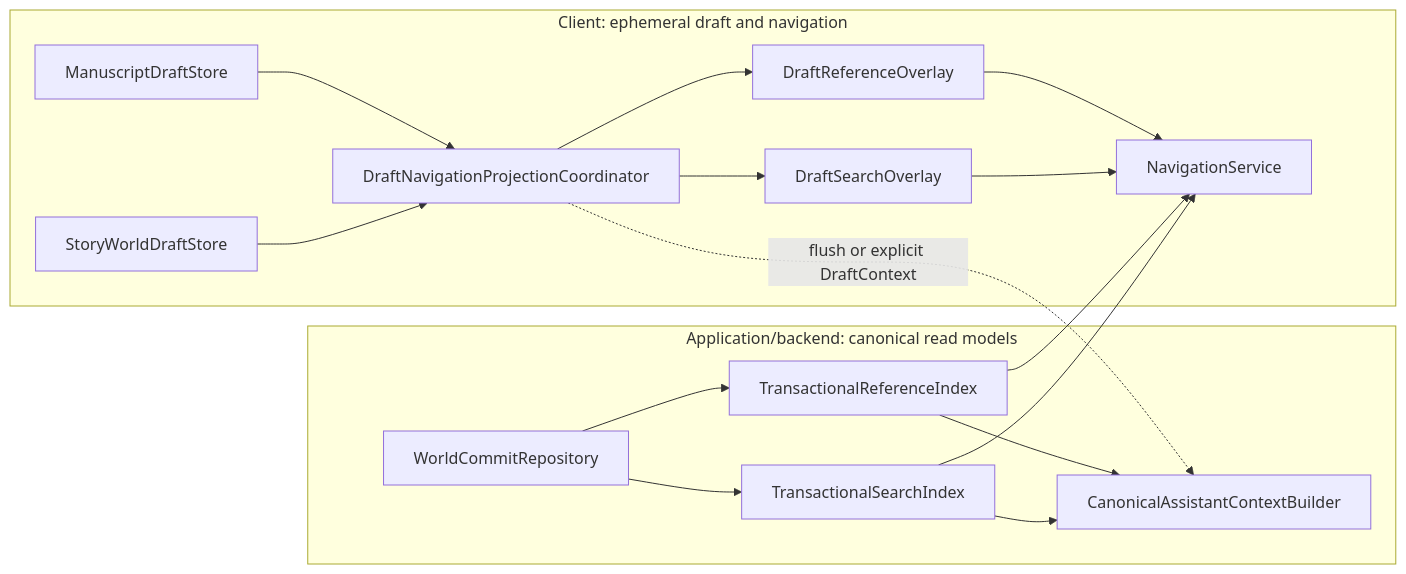
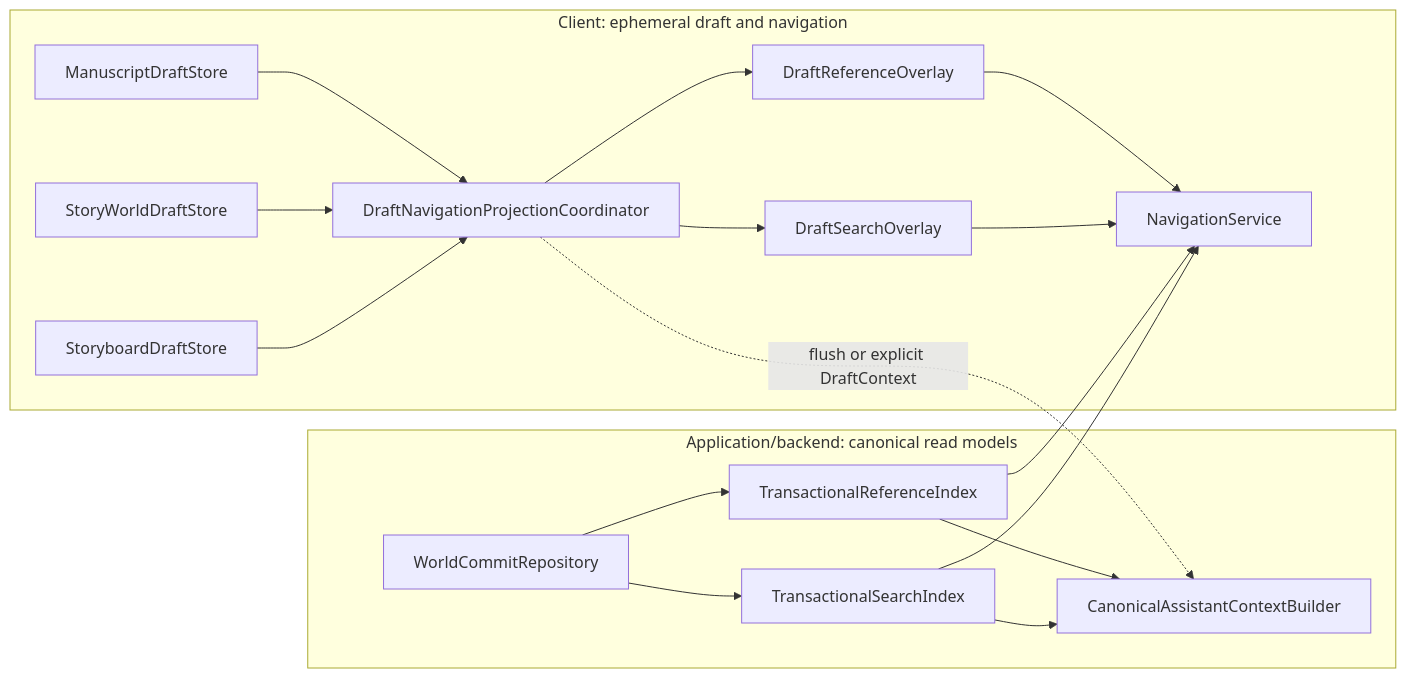
The first of 5 diagrams in docs/architecture/views/cross-feature-projections.md (Tim3399/quiltor), drawn with Mermaid before and after one commit. The commit also changed other lines of this file and 280 other files, not shown here.

Commit message:
feat: add storyboard planning and shared graph editing

````diff
--- a/docs/architecture/views/cross-feature-projections.md
+++ b/docs/architecture/views/cross-feature-projections.md
@@ -22,34 +23,36 @@
 ```mermaid
 flowchart LR
     subgraph Client["Client: ephemeral draft and navigation"]
         ManuscriptDraft["ManuscriptDraftStore"]
         StoryWorldDraft["StoryWorldDraftStore"]
+        StoryboardDraft["StoryboardDraftStore"]
         DraftCoordinator["DraftNavigationProjectionCoordinator"]
         DraftReference["DraftReferenceOverlay"]
         DraftSearch["DraftSearchOverlay"]
         Navigation["NavigationService"]
 
         ManuscriptDraft --> DraftCoordinator
         StoryWorldDraft --> DraftCoordinator
+        StoryboardDraft --> DraftCoordinator
         DraftCoordinator --> DraftReference
         DraftCoordinator --> DraftSearch
         DraftReference --> Navigation
         DraftSearch --> Navigation
     end
 
     subgraph Application["Application/backend: canonical read models"]
         Commit["WorldCommitRepository"]
         ReferenceIndex["TransactionalReferenceIndex"]
         SearchIndex["TransactionalSearchIndex"]
         ContextBuilder["CanonicalAssistantContextBuilder"]
 
         Commit --> ReferenceIndex
         Commit --> SearchIndex
         ReferenceIndex --> ContextBuilder
         SearchIndex --> ContextBuilder
     end
 
     DraftCoordinator -.->|"flush or explicit DraftContext"| ContextBuilder
     ReferenceIndex --> Navigation
     SearchIndex --> Navigation
 ```
````
